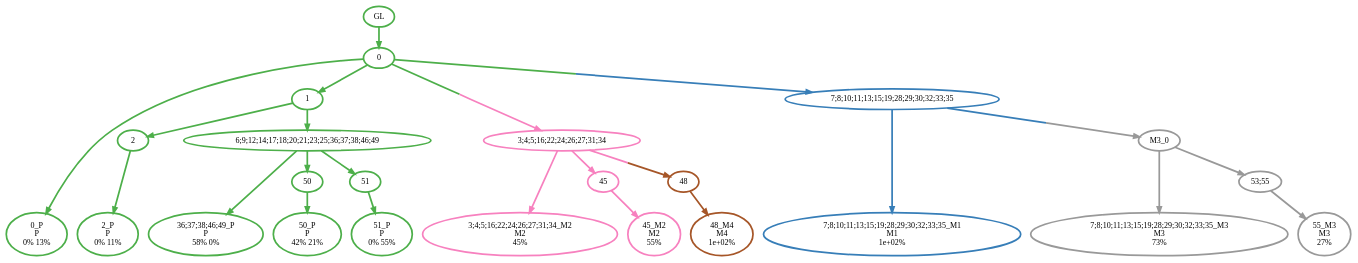
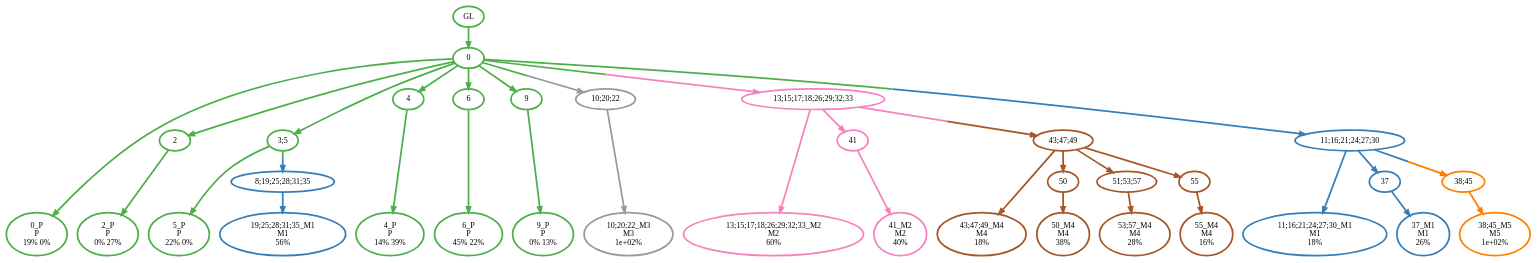
Before and after one commit to morrislab/metient: the diagram in src/data/rerun_machina_sims/m5/M/T_seed209.dot, drawn with Graphviz. The commit also changed 1067 other files, not shown here.

```diff
--- a/src/data/rerun_machina_sims/m5/M/T_seed209.dot
+++ b/src/data/rerun_machina_sims/m5/M/T_seed209.dot
@@ -1,52 +1,74 @@
 digraph T {
 	{
 		rank=same
-		21 [penwidth=3,colorscheme=set19,color=3,label="0_P\nP\n0% 13%"]
-		18 [penwidth=3,colorscheme=set19,color=3,label="2_P\nP\n0% 11%"]
-		16 [penwidth=3,colorscheme=set19,color=3,label="36;37;38;46;49_P\nP\n58% 0%"]
-		14 [penwidth=3,colorscheme=set19,color=3,label="50_P\nP\n42% 21%"]
-		12 [penwidth=3,colorscheme=set19,color=3,label="51_P\nP\n0% 55%"]
-		11 [penwidth=3,colorscheme=set19,color=2,label="7;8;10;11;13;15;19;28;29;30;32;33;35_M1\nM1\n1e+02%"]
-		10 [penwidth=3,colorscheme=set19,color=8,label="3;4;5;16;22;24;26;27;31;34_M2\nM2\n45%"]
-		8 [penwidth=3,colorscheme=set19,color=8,label="45_M2\nM2\n55%"]
-		7 [penwidth=3,colorscheme=set19,color=9,label="7;8;10;11;13;15;19;28;29;30;32;33;35_M3\nM3\n73%"]
-		5 [penwidth=3,colorscheme=set19,color=9,label="55_M3\nM3\n27%"]
-		4 [penwidth=3,colorscheme=set19,color=7,label="48_M4\nM4\n1e+02%"]
+		32 [penwidth=3,colorscheme=set19,color=3,label="0_P\nP\n19% 0%"]
+		30 [penwidth=3,colorscheme=set19,color=3,label="2_P\nP\n0% 27%"]
+		28 [penwidth=3,colorscheme=set19,color=3,label="5_P\nP\n22% 0%"]
+		26 [penwidth=3,colorscheme=set19,color=3,label="4_P\nP\n14% 39%"]
+		24 [penwidth=3,colorscheme=set19,color=3,label="6_P\nP\n45% 22%"]
+		22 [penwidth=3,colorscheme=set19,color=3,label="9_P\nP\n0% 13%"]
+		21 [penwidth=3,colorscheme=set19,color=2,label="19;25;28;31;35_M1\nM1\n56%"]
+		20 [penwidth=3,colorscheme=set19,color=2,label="11;16;21;24;27;30_M1\nM1\n18%"]
+		18 [penwidth=3,colorscheme=set19,color=2,label="37_M1\nM1\n26%"]
+		17 [penwidth=3,colorscheme=set19,color=8,label="13;15;17;18;26;29;32;33_M2\nM2\n60%"]
+		15 [penwidth=3,colorscheme=set19,color=8,label="41_M2\nM2\n40%"]
+		14 [penwidth=3,colorscheme=set19,color=9,label="10;20;22_M3\nM3\n1e+02%"]
+		13 [penwidth=3,colorscheme=set19,color=7,label="43;47;49_M4\nM4\n18%"]
+		11 [penwidth=3,colorscheme=set19,color=7,label="50_M4\nM4\n38%"]
+		9 [penwidth=3,colorscheme=set19,color=7,label="53;57_M4\nM4\n28%"]
+		7 [penwidth=3,colorscheme=set19,color=7,label="55_M4\nM4\n16%"]
+		6 [penwidth=3,colorscheme=set19,color=5,label="38;45_M5\nM5\n1e+02%"]
 	}
-	23 [penwidth=3,colorscheme=set19,color=3,label="GL"]
-	22 [penwidth=3,colorscheme=set19,color=3,label="0"]
-	20 [penwidth=3,colorscheme=set19,color=3,label="1"]
-	19 [penwidth=3,colorscheme=set19,color=3,label="2"]
-	17 [penwidth=3,colorscheme=set19,color=3,label="6;9;12;14;17;18;20;21;23;25;36;37;38;46;49"]
-	15 [penwidth=3,colorscheme=set19,color=3,label="50"]
-	13 [penwidth=3,colorscheme=set19,color=3,label="51"]
-	9 [penwidth=3,colorscheme=set19,color=8,label="45"]
-	6 [penwidth=3,colorscheme=set19,color=9,label="53;55"]
-	3 [penwidth=3,colorscheme=set19,color=7,label="48"]
-	2 [penwidth=3,colorscheme=set19,color=9,label="M3_0"]
-	1 [penwidth=3,colorscheme=set19,color=8,label="3;4;5;16;22;24;26;27;31;34"]
-	0 [penwidth=3,colorscheme=set19,color=2,label="7;8;10;11;13;15;19;28;29;30;32;33;35"]
+	34 [penwidth=3,colorscheme=set19,color=3,label="GL"]
+	33 [penwidth=3,colorscheme=set19,color=3,label="0"]
+	31 [penwidth=3,colorscheme=set19,color=3,label="2"]
+	29 [penwidth=3,colorscheme=set19,color=3,label="3;5"]
+	27 [penwidth=3,colorscheme=set19,color=3,label="4"]
+	25 [penwidth=3,colorscheme=set19,color=3,label="6"]
+	23 [penwidth=3,colorscheme=set19,color=3,label="9"]
+	19 [penwidth=3,colorscheme=set19,color=2,label="37"]
+	16 [penwidth=3,colorscheme=set19,color=8,label="41"]
+	12 [penwidth=3,colorscheme=set19,color=7,label="50"]
+	10 [penwidth=3,colorscheme=set19,color=7,label="51;53;57"]
+	8 [penwidth=3,colorscheme=set19,color=7,label="55"]
+	5 [penwidth=3,colorscheme=set19,color=7,label="43;47;49"]
+	4 [penwidth=3,colorscheme=set19,color=5,label="38;45"]
+	3 [penwidth=3,colorscheme=set19,color=9,label="10;20;22"]
+	2 [penwidth=3,colorscheme=set19,color=8,label="13;15;17;18;26;29;32;33"]
+	1 [penwidth=3,colorscheme=set19,color=2,label="8;19;25;28;31;35"]
+	0 [penwidth=3,colorscheme=set19,color=2,label="11;16;21;24;27;30"]
+	34 -> 33 [penwidth=3,colorscheme=set19,color=3]
+	33 -> 32 [penwidth=3,colorscheme=set19,color=3]
+	33 -> 31 [penwidth=3,colorscheme=set19,color=3]
+	33 -> 27 [penwidth=3,colorscheme=set19,color=3]
+	33 -> 25 [penwidth=3,colorscheme=set19,color=3]
+	33 -> 23 [penwidth=3,colorscheme=set19,color=3]
+	33 -> 29 [penwidth=3,colorscheme=set19,color=3]
+	33 -> 3 [penwidth=3,colorscheme=set19,color="3;0.5:9"]
+	33 -> 2 [penwidth=3,colorscheme=set19,color="3;0.5:8"]
+	33 -> 0 [penwidth=3,colorscheme=set19,color="3;0.5:2"]
+	31 -> 30 [penwidth=3,colorscheme=set19,color=3]
+	29 -> 28 [penwidth=3,colorscheme=set19,color=3]
+	29 -> 1 [penwidth=3,colorscheme=set19,color="3;0.5:2"]
+	27 -> 26 [penwidth=3,colorscheme=set19,color=3]
+	25 -> 24 [penwidth=3,colorscheme=set19,color=3]
 	23 -> 22 [penwidth=3,colorscheme=set19,color=3]
-	22 -> 21 [penwidth=3,colorscheme=set19,color=3]
-	22 -> 20 [penwidth=3,colorscheme=set19,color=3]
-	22 -> 1 [penwidth=3,colorscheme=set19,color="3;0.5:8"]
-	22 -> 0 [penwidth=3,colorscheme=set19,color="3;0.5:2"]
-	20 -> 19 [penwidth=3,colorscheme=set19,color=3]
-	20 -> 17 [penwidth=3,colorscheme=set19,color=3]
-	19 -> 18 [penwidth=3,colorscheme=set19,color=3]
-	17 -> 16 [penwidth=3,colorscheme=set19,color=3]
-	17 -> 15 [penwidth=3,colorscheme=set19,color=3]
-	17 -> 13 [penwidth=3,colorscheme=set19,color=3]
-	15 -> 14 [penwidth=3,colorscheme=set19,color=3]
-	13 -> 12 [penwidth=3,colorscheme=set19,color=3]
-	9 -> 8 [penwidth=3,colorscheme=set19,color=8]
-	6 -> 5 [penwidth=3,colorscheme=set19,color=9]
-	3 -> 4 [penwidth=3,colorscheme=set19,color=7]
-	2 -> 7 [penwidth=3,colorscheme=set19,color=9]
-	2 -> 6 [penwidth=3,colorscheme=set19,color=9]
-	1 -> 10 [penwidth=3,colorscheme=set19,color=8]
-	1 -> 9 [penwidth=3,colorscheme=set19,color=8]
-	1 -> 3 [penwidth=3,colorscheme=set19,color="8;0.5:7"]
-	0 -> 2 [penwidth=3,colorscheme=set19,color="2;0.5:9"]
-	0 -> 11 [penwidth=3,colorscheme=set19,color=2]
+	19 -> 18 [penwidth=3,colorscheme=set19,color=2]
+	16 -> 15 [penwidth=3,colorscheme=set19,color=8]
+	12 -> 11 [penwidth=3,colorscheme=set19,color=7]
+	10 -> 9 [penwidth=3,colorscheme=set19,color=7]
+	8 -> 7 [penwidth=3,colorscheme=set19,color=7]
+	5 -> 13 [penwidth=3,colorscheme=set19,color=7]
+	5 -> 12 [penwidth=3,colorscheme=set19,color=7]
+	5 -> 10 [penwidth=3,colorscheme=set19,color=7]
+	5 -> 8 [penwidth=3,colorscheme=set19,color=7]
+	4 -> 6 [penwidth=3,colorscheme=set19,color=5]
+	3 -> 14 [penwidth=3,colorscheme=set19,color=9]
+	2 -> 17 [penwidth=3,colorscheme=set19,color=8]
+	2 -> 16 [penwidth=3,colorscheme=set19,color=8]
+	2 -> 5 [penwidth=3,colorscheme=set19,color="8;0.5:7"]
+	1 -> 21 [penwidth=3,colorscheme=set19,color=2]
+	0 -> 20 [penwidth=3,colorscheme=set19,color=2]
+	0 -> 19 [penwidth=3,colorscheme=set19,color=2]
+	0 -> 4 [penwidth=3,colorscheme=set19,color="2;0.5:5"]
 }
```
